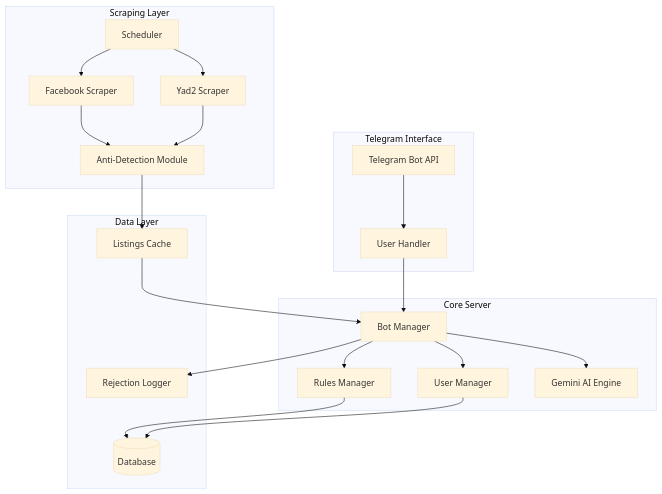
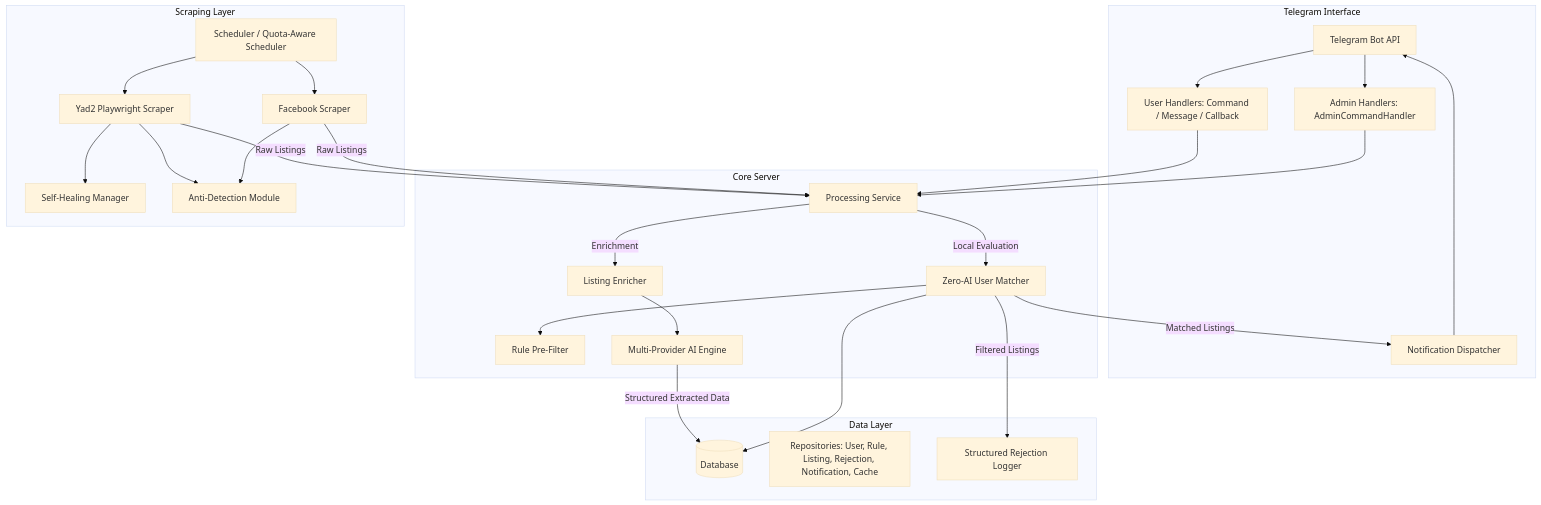
One commit to Noamp3/apartmentsBot changed the diagram in technical_guide.md. Above: the diagram before and after it, drawn with Mermaid (base theme). The commit also changed other lines of this file and 4 other files, not shown here.

````diff
--- a/technical_guide.md
+++ b/technical_guide.md
@@ -5,39 +5,48 @@
 ```mermaid
 graph TB
     subgraph "Telegram Interface"
         TG[Telegram Bot API]
-        UH[User Handler]
+        UH[User Handlers: Command / Message / Callback]
+        AH[Admin Handlers: AdminCommandHandler]
+        ND[Notification Dispatcher]
     end
     
     subgraph "Core Server"
-        BM[Bot Manager]
-        UM[User Manager]
-        RM[Rules Manager]
-        AI[Gemini AI Engine]
+        PS[Processing Service]
+        M[Zero-AI User Matcher]
+        RP[Rule Pre-Filter]
+        AI[Multi-Provider AI Engine]
+        LE[Listing Enricher]
     end
     
     subgraph "Scraping Layer"
-        SC[Scheduler]
-        FB[Facebook Scraper]
-        YD[Yad2 Scraper]
+        SCH[Scheduler / Quota-Aware Scheduler]
+        FS[Facebook Scraper]
+        YS[Yad2 Playwright Scraper]
+        SH[Self-Healing Manager]
         AD[Anti-Detection Module]
     end
     
     subgraph "Data Layer"
         DB[(Database)]
-        LOG[Rejection Logger]
-        CACHE[Listings Cache]
+        REPS[Repositories: User, Rule, Listing, Rejection, Notification, Cache]
+        LOG[Structured Rejection Logger]
     end
     
-    TG --> UH --> BM
-    BM --> UM
-    BM --> RM
-    BM --> AI
-    SC --> FB & YD
-    FB & YD --> AD
-    AD --> CACHE
-    CACHE --> BM
-    RM --> DB
-    UM --> DB
-    BM --> LOG
+    TG --> UH & AH
+    UH --> PS
+    AH --> PS
+    SCH --> YS & FS
+    YS & FS --> AD
+    YS --> SH
+    YS & FS -->|Raw Listings| PS
+    PS -->|Enrichment| LE
+    LE --> AI
+    AI -->|Structured Extracted Data| DB
+    PS -->|Local Evaluation| M
+    M --> RP
+    M --> DB
+    M -->|Filtered Listings| LOG
+    M -->|Matched Listings| ND
+    ND --> TG
 ```
````
